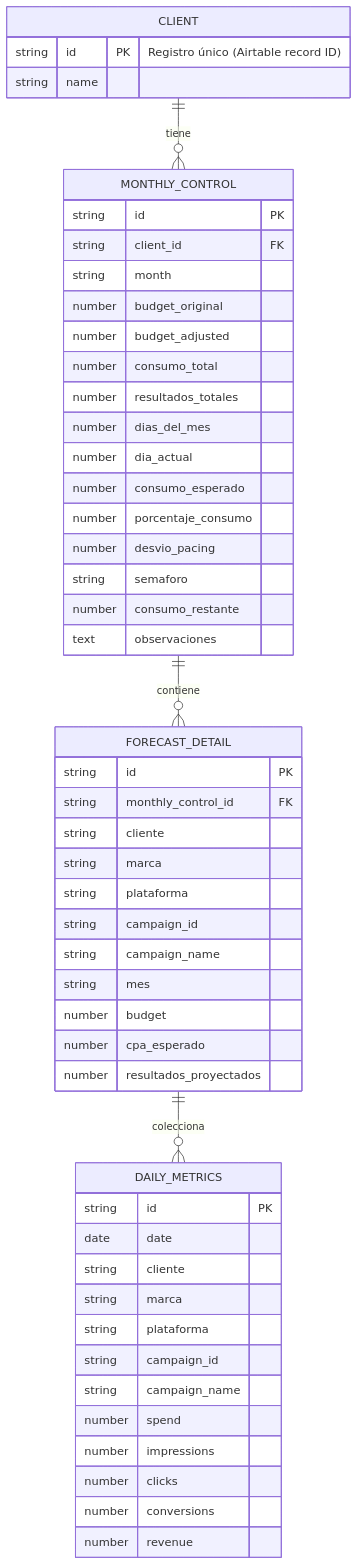
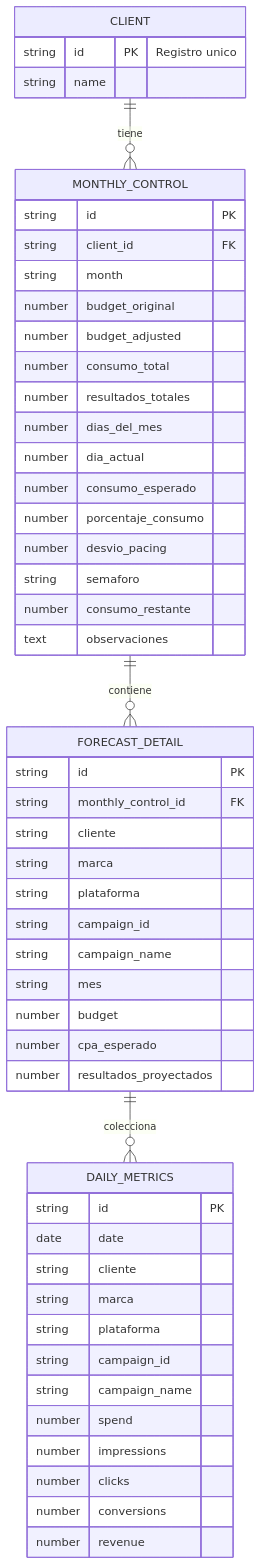
The diagram in ERD.md (AnalyticsRHD/mediaPulse), drawn with Mermaid before and after one commit. The commit also changed 20 other files, not shown here.

````diff
--- a/ERD.md
+++ b/ERD.md
@@ -5,55 +5,55 @@
 ```mermaid
 erDiagram
     CLIENT ||--o{ MONTHLY_CONTROL : "tiene"
     MONTHLY_CONTROL ||--o{ FORECAST_DETAIL : "contiene"
     FORECAST_DETAIL ||--o{ DAILY_METRICS : "colecciona"
 
     CLIENT {
-      string id PK "Registro único (Airtable record ID)"
+      string id PK "Registro unico"
       string name
     }
     MONTHLY_CONTROL {
       string id PK
       string client_id FK
       string month
       number budget_original
       number budget_adjusted
       number consumo_total
       number resultados_totales
       number dias_del_mes
       number dia_actual
       number consumo_esperado
       number porcentaje_consumo
       number desvio_pacing
       string semaforo
       number consumo_restante
       text observaciones
     }
     FORECAST_DETAIL {
       string id PK
       string monthly_control_id FK
       string cliente
       string marca
       string plataforma
       string campaign_id
       string campaign_name
       string mes
       number budget
       number cpa_esperado
       number resultados_proyectados
     }
     DAILY_METRICS {
       string id PK
       date date
       string cliente
       string marca
       string plataforma
       string campaign_id
       string campaign_name
       number spend
       number impressions
       number clicks
       number conversions
       number revenue
     }
 ```
````
